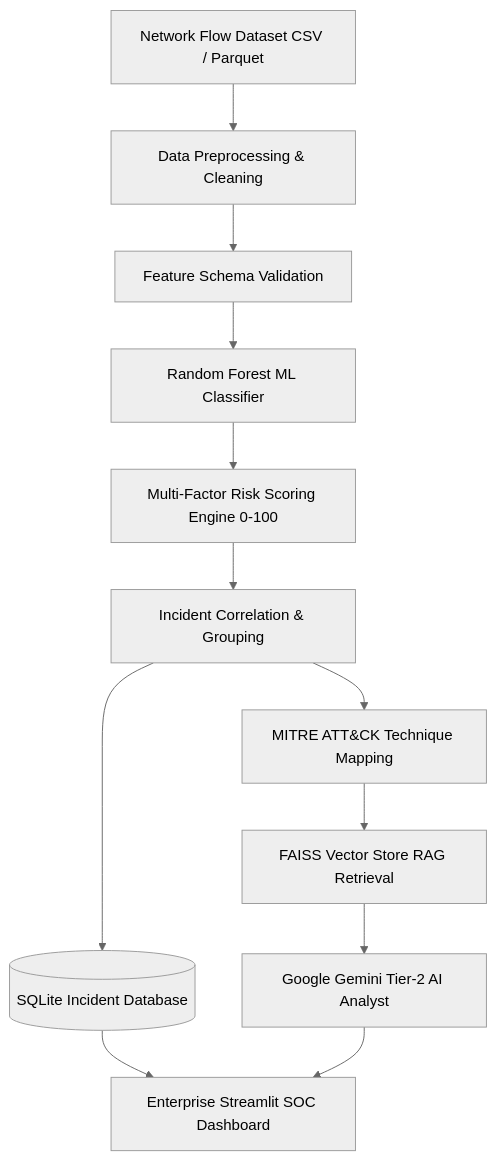
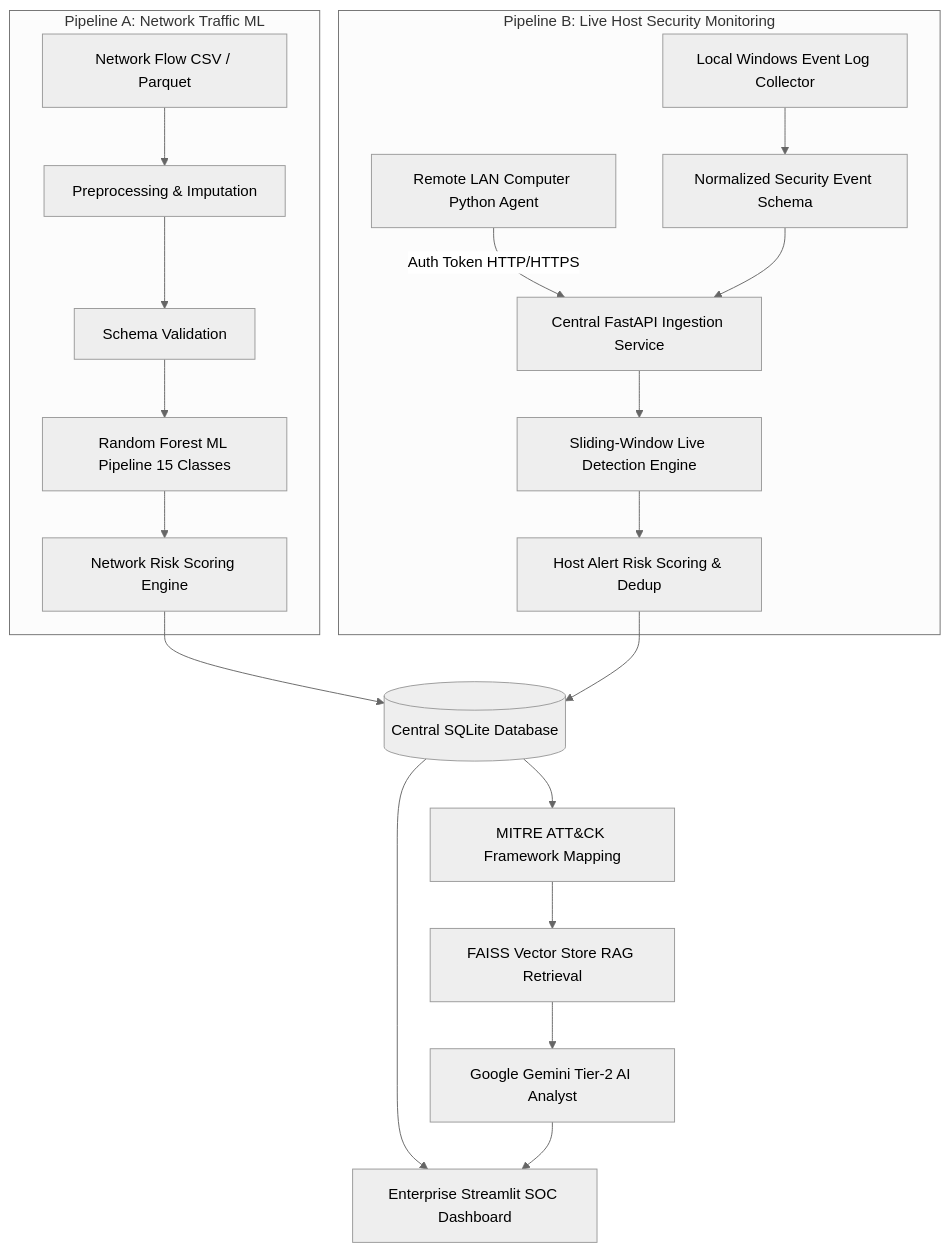
One commit to karthikkondeboyina/AI_SOC_Assistant changed the diagram in README.md. Above: the diagram before and after it, drawn with Mermaid (neutral theme). The commit also changed other lines of this file and 22 other files, not shown here.

Commit message:
Upgrade SOC Assistant: Add near-real-time security log monitoring, central FastAPI ingestion, sliding-window rule engine, and agent fleet management

````diff
--- a/README.md
+++ b/README.md
@@ -26,14 +34,26 @@
 ```mermaid
 graph TD
-    A[Network Flow Dataset CSV / Parquet] --> B[Data Preprocessing & Cleaning]
-    B --> C[Feature Schema Validation]
-    C --> D[Random Forest ML Classifier]
-    D --> E[Multi-Factor Risk Scoring Engine 0-100]
-    E --> F[Incident Correlation & Grouping]
-    F --> G[(SQLite Incident Database)]
-    F --> H[MITRE ATT&CK Technique Mapping]
-    H --> I[FAISS Vector Store RAG Retrieval]
-    I --> J[Google Gemini Tier-2 AI Analyst]
-    G --> K[Enterprise Streamlit SOC Dashboard]
-    J --> K
+    subgraph Pipeline A: Network Traffic ML
+        A1[Network Flow CSV / Parquet] --> A2[Preprocessing & Imputation]
+        A2 --> A3[Schema Validation]
+        A3 --> A4[Random Forest ML Pipeline 15 Classes]
+        A4 --> A5[Network Risk Scoring Engine]
+    end
+
+    subgraph Pipeline B: Live Host Security Monitoring
+        B1[Local Windows Event Log Collector] --> B3[Normalized Security Event Schema]
+        B2[Remote LAN Computer Python Agent] -->|Auth Token HTTP/HTTPS| B4[Central FastAPI Ingestion Service]
+        B3 --> B4
+        B4 --> B5[Sliding-Window Live Detection Engine]
+        B5 --> B6[Host Alert Risk Scoring & Dedup]
+    end
+
+    A5 --> C[(Central SQLite Database)]
+    B6 --> C
+
+    C --> D[MITRE ATT&CK Framework Mapping]
+    D --> E[FAISS Vector Store RAG Retrieval]
+    E --> F[Google Gemini Tier-2 AI Analyst]
+    C --> G[Enterprise Streamlit SOC Dashboard]
+    F --> G
 ```
````
